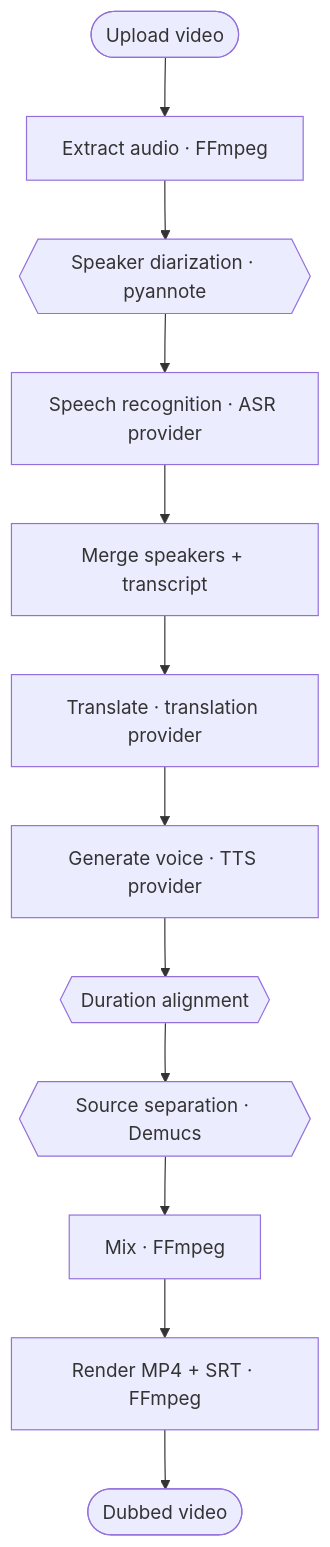
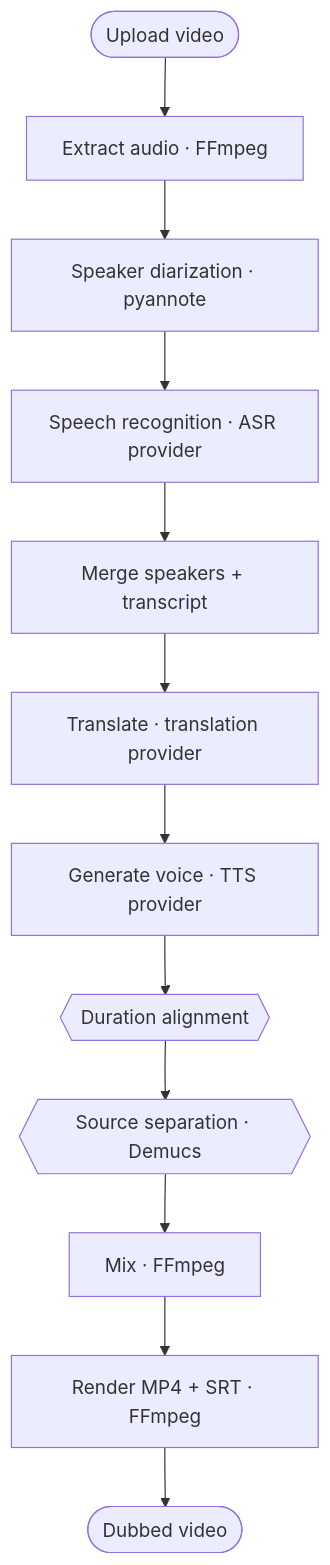
Before and after one commit to huynhphatloi/MultilingualVideoDubbingSystem: the first of 2 diagrams in README.md, drawn with Mermaid. The commit also changed other lines of this file and 24 other files, not shown here.

````diff
--- a/README.md
+++ b/README.md
@@ -39,14 +39,14 @@
 ```mermaid
 flowchart TD
     U([Upload video]) --> EX[Extract audio · FFmpeg]
-    EX --> DI{{Speaker diarization · pyannote}}
+    EX --> DI[Speaker diarization · pyannote]
     DI --> AR[Speech recognition · ASR provider]
     AR --> MG[Merge speakers + transcript]
     MG --> TR[Translate · translation provider]
     TR --> SY[Generate voice · TTS provider]
     SY --> AL{{Duration alignment}}
     AL --> SP{{Source separation · Demucs}}
     SP --> MX[Mix · FFmpeg]
     MX --> RD[Render MP4 + SRT · FFmpeg]
     RD --> OUT([Dubbed video])
 ```
````
